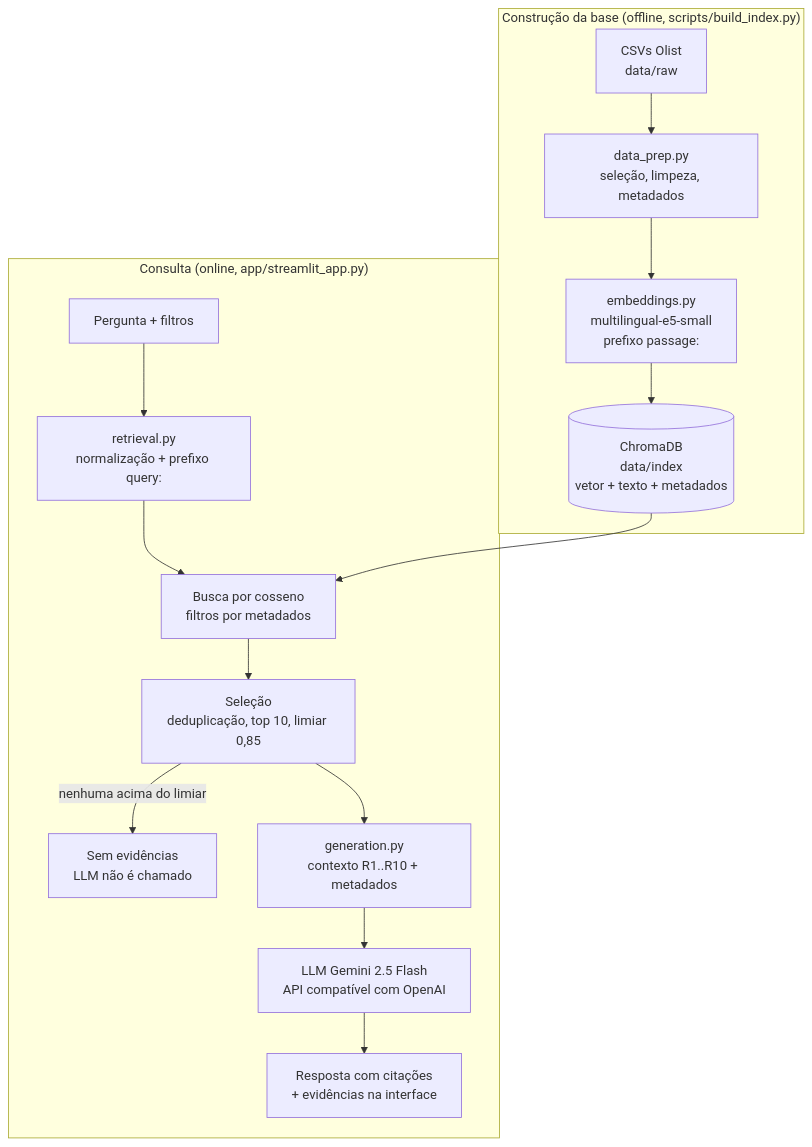
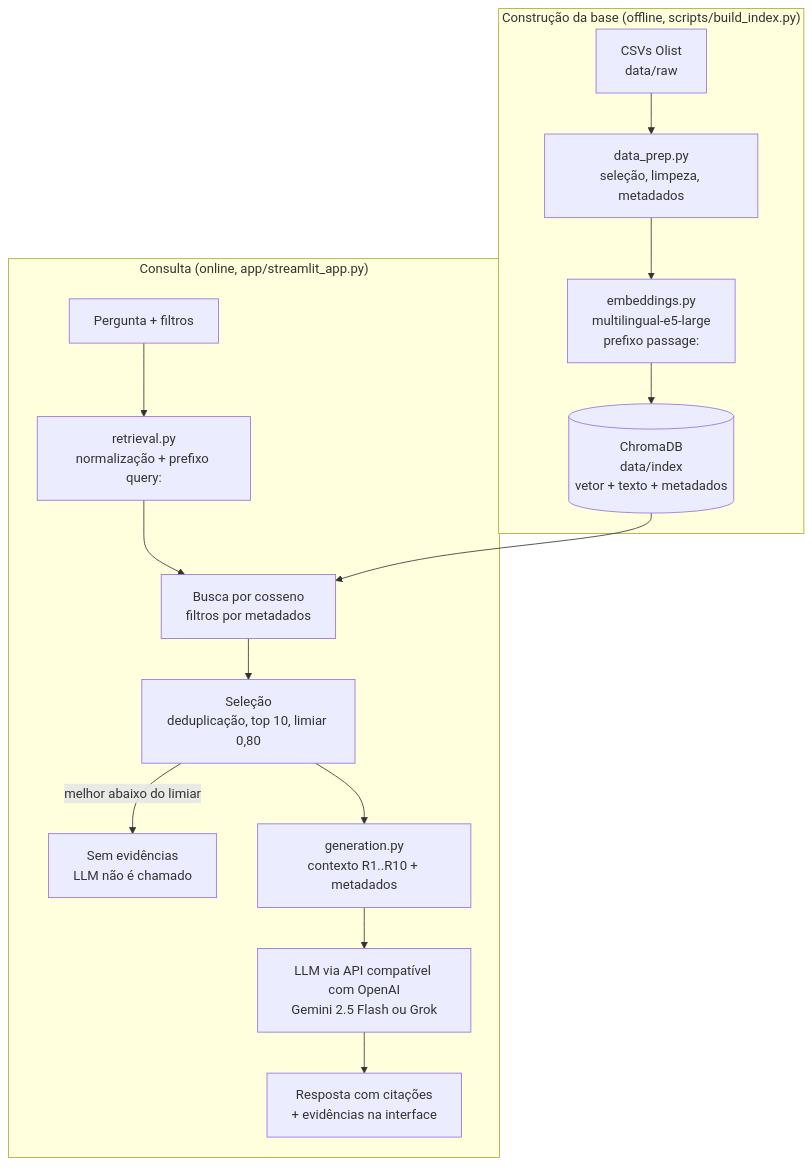
One commit to LucasAlexSant/tech-challenge-fase4 changed the diagram in README.md. Above: the diagram before and after it, drawn with Mermaid. The commit also changed other lines of this file and 2 other files, not shown here.

````diff
--- a/README.md
+++ b/README.md
@@ -30,19 +30,19 @@
 ```mermaid
 flowchart TB
     subgraph offline["Construção da base (offline, scripts/build_index.py)"]
         A[CSVs Olist<br/>data/raw] --> B[data_prep.py<br/>seleção, limpeza, metadados]
-        B --> C[embeddings.py<br/>multilingual-e5-small<br/>prefixo passage:]
+        B --> C[embeddings.py<br/>multilingual-e5-large<br/>prefixo passage:]
         C --> D[(ChromaDB<br/>data/index<br/>vetor + texto + metadados)]
     end
 
     subgraph online["Consulta (online, app/streamlit_app.py)"]
         Q[Pergunta + filtros] --> T[retrieval.py<br/>normalização + prefixo query:]
         T --> R[Busca por cosseno<br/>filtros por metadados]
         D --> R
-        R --> S[Seleção<br/>deduplicação, top 10, limiar 0,85]
-        S -->|nenhuma acima do limiar| N[Sem evidências<br/>LLM não é chamado]
+        R --> S[Seleção<br/>deduplicação, top 10, limiar 0,80]
+        S -->|melhor abaixo do limiar| N[Sem evidências<br/>LLM não é chamado]
         S --> X[generation.py<br/>contexto R1..R10 + metadados]
-        X --> L[LLM Gemini 2.5 Flash<br/>API compatível com OpenAI]
+        X --> L[LLM via API compatível com OpenAI<br/>Gemini 2.5 Flash ou Grok]
         L --> O[Resposta com citações<br/>+ evidências na interface]
     end
 ```
````
